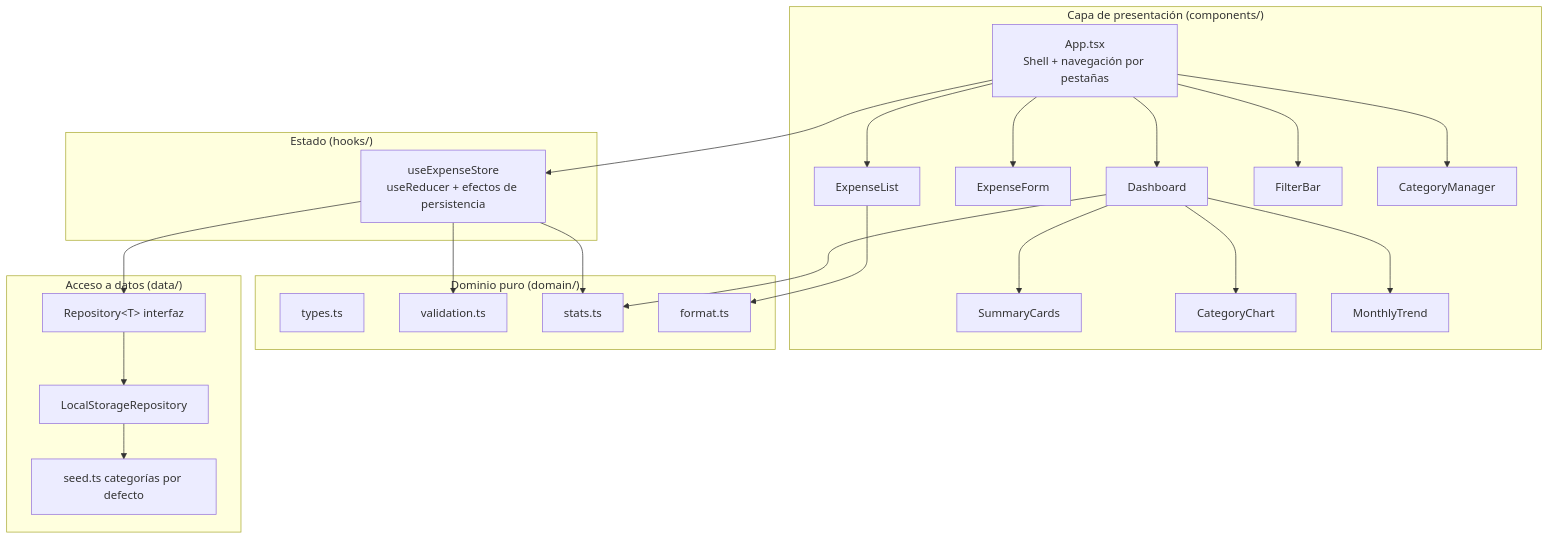
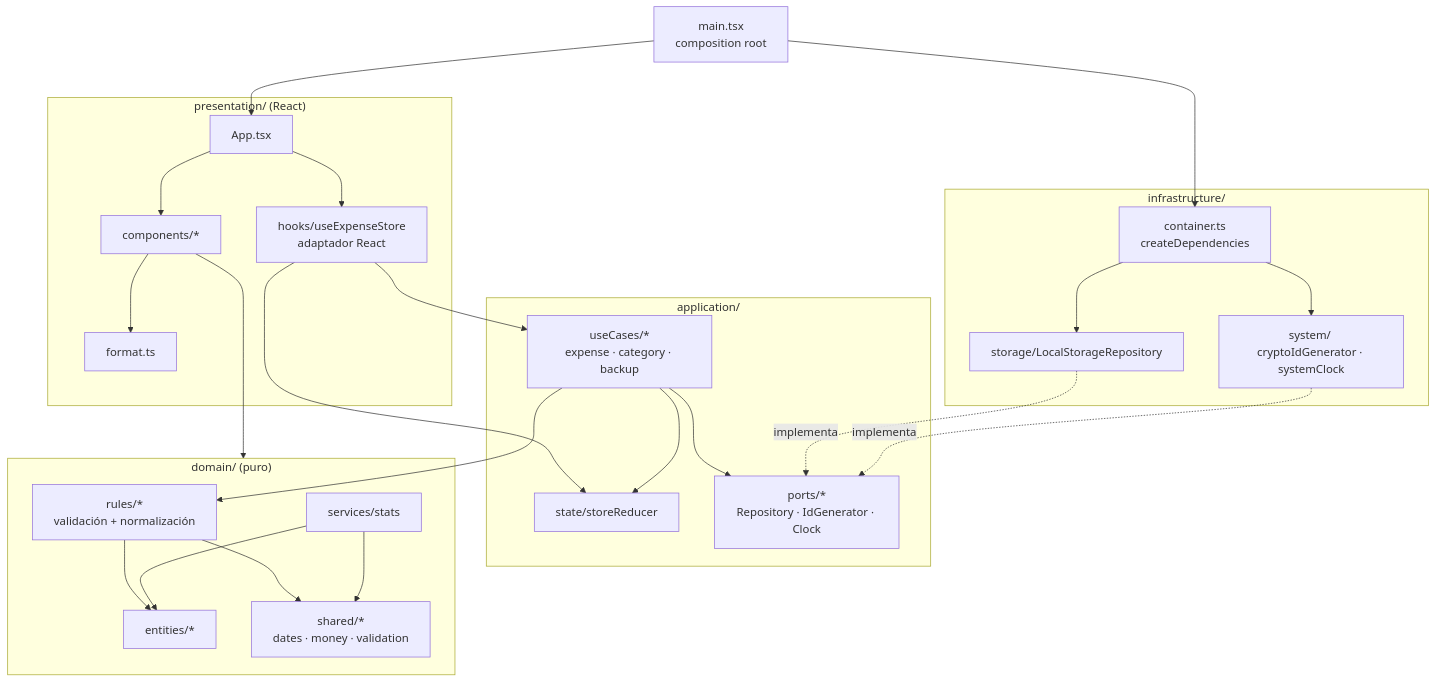
The first of 2 diagrams in docs/ARQUITECTURA.md (kevinsonalo/gastos-app), drawn with Mermaid before and after one commit. The commit also changed other lines of this file and 38 other files, not shown here.

````diff
--- a/docs/ARQUITECTURA.md
+++ b/docs/ARQUITECTURA.md
@@ -27,41 +30,42 @@
 ```mermaid
 flowchart TD
-    subgraph UI["Capa de presentación (components/)"]
-        App[App.tsx<br/>Shell + navegación por pestañas]
-        Dash[Dashboard]
-        SC[SummaryCards]
-        CC[CategoryChart]
-        MT[MonthlyTrend]
-        EF[ExpenseForm]
-        EL[ExpenseList]
-        FB[FilterBar]
-        CM[CategoryManager]
+    Main["main.tsx<br/>composition root"]
+
+    subgraph P["presentation/ (React)"]
+        App[App.tsx]
+        Comp[components/*]
+        Hook[hooks/useExpenseStore<br/>adaptador React]
+        Fmt[format.ts]
     end
 
-    subgraph State["Estado (hooks/)"]
-        Store[useExpenseStore<br/>useReducer + efectos de persistencia]
+    subgraph A["application/"]
+        UC[useCases/*<br/>expense · category · backup]
+        St[state/storeReducer]
+        Ports[ports/*<br/>Repository · IdGenerator · Clock]
     end
 
-    subgraph Domain["Dominio puro (domain/)"]
-        T[types.ts]
-        V[validation.ts]
-        S[stats.ts]
-        F[format.ts]
+    subgraph D["domain/ (puro)"]
+        Ent[entities/*]
+        Rules[rules/*<br/>validación + normalización]
+        Svc[services/stats]
+        Sh[shared/*<br/>dates · money · validation]
     end
 
-    subgraph Data["Acceso a datos (data/)"]
-        R[Repository&lt;T&gt; interfaz]
-        LSR[LocalStorageRepository]
-        Seed[seed.ts categorías por defecto]
+    subgraph I["infrastructure/"]
+        LSR[storage/LocalStorageRepository]
+        Sys[system/ cryptoIdGenerator · systemClock]
+        Cont[container.ts<br/>createDependencies]
     end
 
-    App --> Dash & EF & EL & FB & CM
-    Dash --> SC & CC & MT
-    App --> Store
-    Store --> V & S
-    Store --> R
-    R --> LSR
-    LSR --> Seed
-    Dash --> S
-    EL --> F
+    Main --> Cont & App
+    App --> Comp & Hook
+    Comp --> Fmt
+    Hook --> UC & St
+    Comp --> D
+    UC --> Rules & Ports & St
+    Rules --> Ent & Sh
+    Svc --> Ent & Sh
+    LSR -. implementa .-> Ports
+    Sys -. implementa .-> Ports
+    Cont --> LSR & Sys
 ```
````
